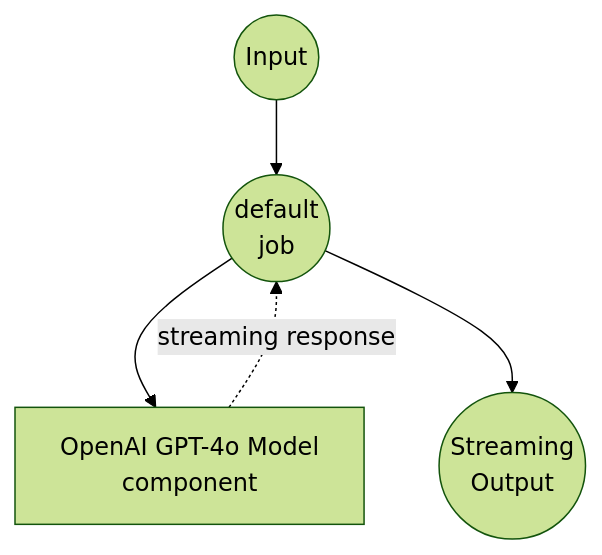
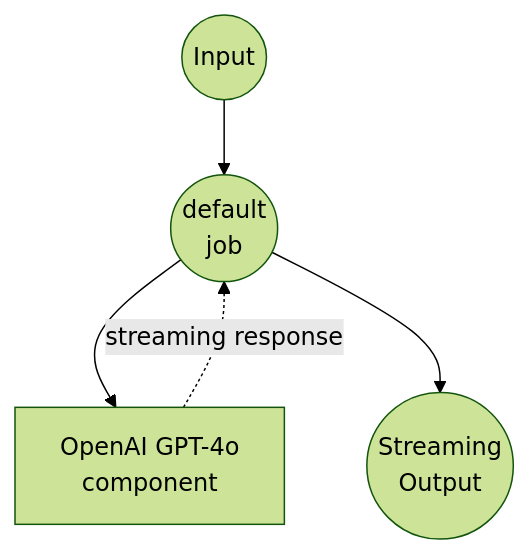
One commit to hanyeol/model-compose changed the diagram in examples/openai-chat-completions-stream/README.md. Above: the diagram before and after it, drawn with Mermaid (forest theme). The commit also changed 21 other files, not shown here.

````diff
--- a/examples/openai-chat-completions-stream/README.md
+++ b/examples/openai-chat-completions-stream/README.md
@@ -94,16 +94,16 @@
 ```mermaid
 graph TD
     %% Default job (implicit)
     J1((default<br/>job))
 
     %% Component
-    C1[OpenAI GPT-4o Model<br/>component]
+    C1[OpenAI GPT-4o<br/>component]
 
     %% Job to component connections (solid: invokes, dotted: returns)
     J1 --> C1
     C1 -.-> |streaming response| J1
 
     %% Input/Output
     Input((Input)) --> J1
     J1 --> Output((Streaming<br/>Output))
 ```
````
